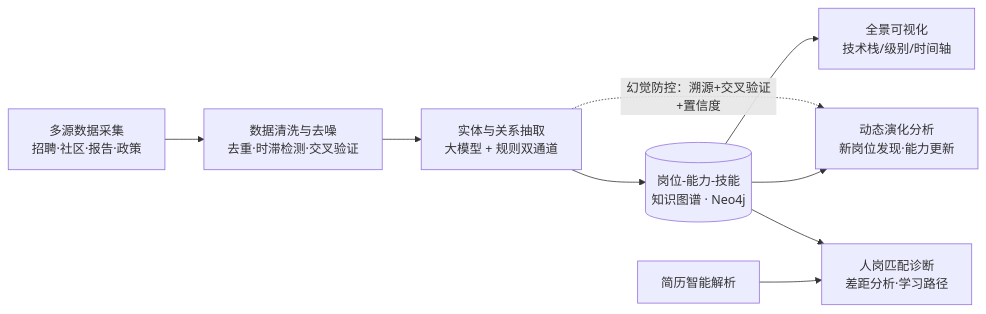
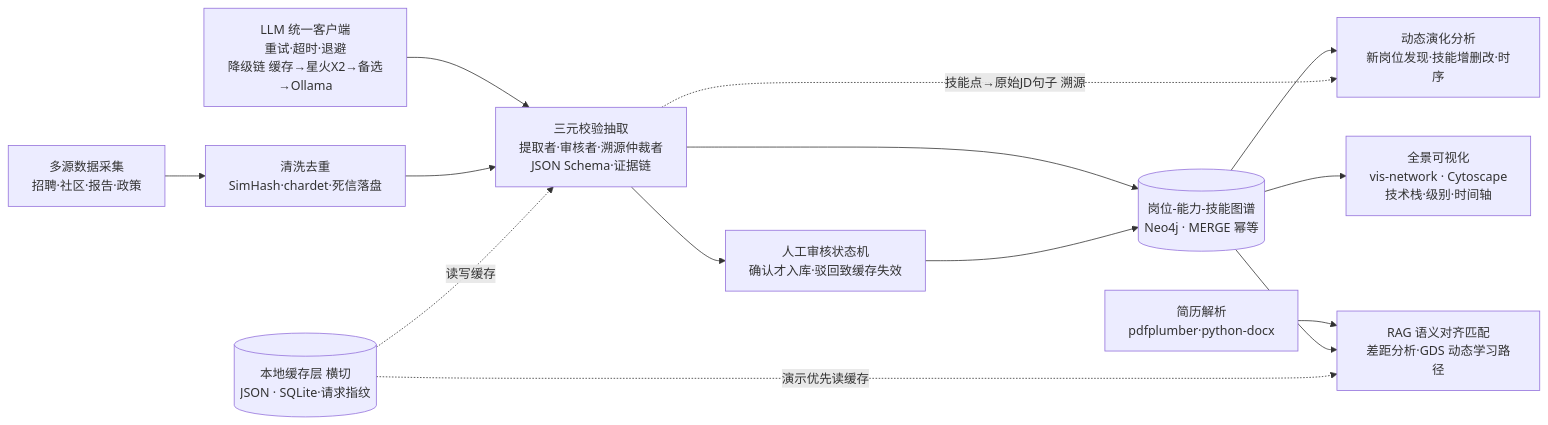
One commit to Crystal-yyl/job-skill-graph-evolution changed the diagram in README.md. Above: the diagram before and after it, drawn with Mermaid. The commit also changed other lines of this file, not shown here.

````diff
--- a/README.md
+++ b/README.md
@@ -29,12 +29,17 @@
 ```mermaid
 flowchart LR
-    A[多源数据采集<br/>招聘·社区·报告·政策] --> B[数据清洗与去噪<br/>去重·时滞检测·交叉验证]
-    B --> C[实体与关系抽取<br/>大模型 + 规则双通道]
-    C --> D[(岗位-能力-技能<br/>知识图谱 · Neo4j)]
-    D --> E[动态演化分析<br/>新岗位发现·能力更新]
-    D --> F[全景可视化<br/>技术栈/级别/时间轴]
-    G[简历智能解析] --> H[人岗匹配诊断<br/>差距分析·学习路径]
+    A[多源数据采集<br/>招聘·社区·报告·政策] --> B[清洗去重<br/>SimHash·chardet·死信落盘]
+    LLM[LLM 统一客户端<br/>重试·超时·退避<br/>降级链 缓存→星火X2→备选→Ollama] --> C
+    B --> C[三元校验抽取<br/>提取者·审核者·溯源仲裁者<br/>JSON Schema·证据链]
+    C --> D[(岗位-能力-技能图谱<br/>Neo4j · MERGE 幂等)]
+    D --> E[动态演化分析<br/>新岗位发现·技能增删改·时序]
+    D --> F[全景可视化<br/>vis-network · Cytoscape<br/>技术栈·级别·时间轴]
+    G[简历解析<br/>pdfplumber·python-docx] --> H[RAG 语义对齐匹配<br/>差距分析·GDS 动态学习路径]
     D --> H
-    C -. 幻觉防控：溯源+交叉验证+置信度 .-> E
+    C --> RV[人工审核状态机<br/>确认才入库·驳回致缓存失效]
+    RV --> D
+    CC[(本地缓存层 横切<br/>JSON · SQLite·请求指纹)] -. 读写缓存 .-> C
+    CC -. 演示优先读缓存 .-> H
+    C -. 技能点→原始JD句子 溯源 .-> E
 
 ```
````
